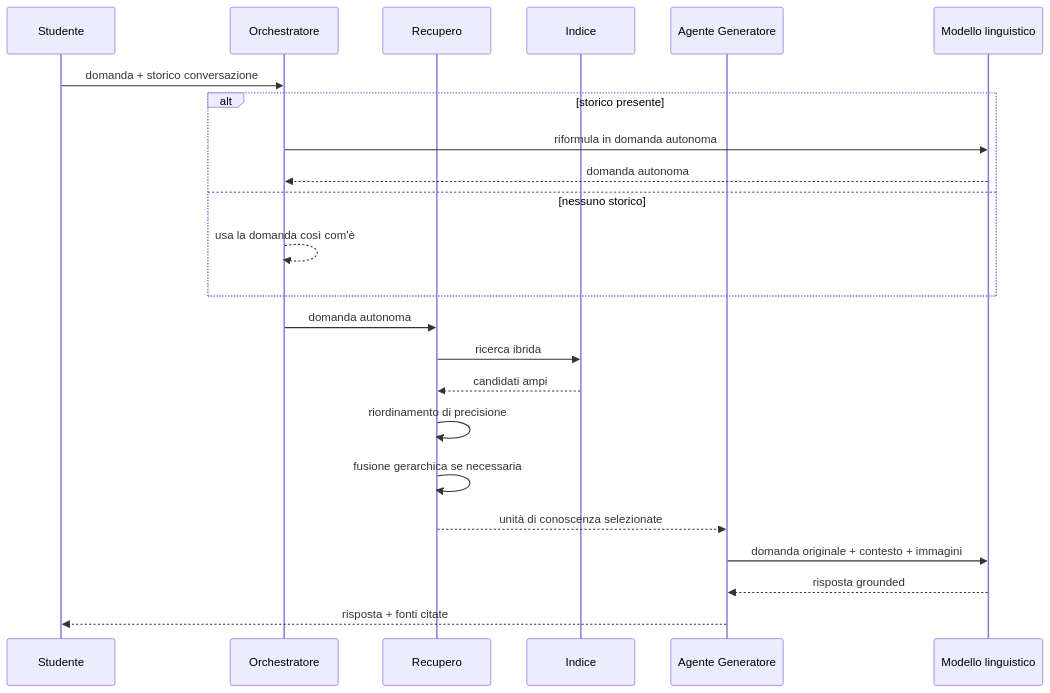
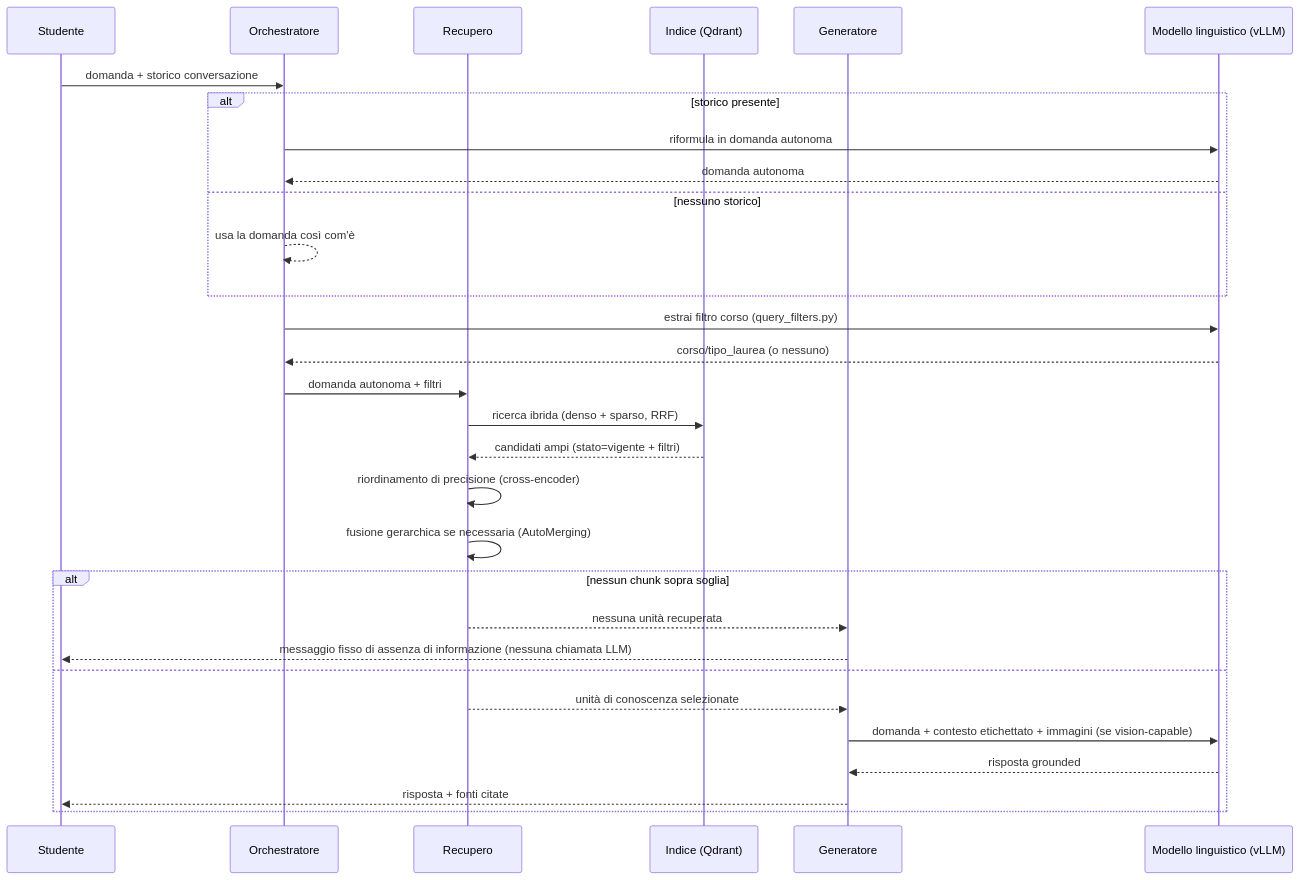
One commit to michelenardini99/rag_unibo changed the second of 2 diagrams in REPORT_ARCHITETTURA.md. Above: the diagram before and after it, drawn with Mermaid. The commit also changed other lines of this file and 27 other files, not shown here.

````diff
--- a/REPORT_ARCHITETTURA.md
+++ b/REPORT_ARCHITETTURA.md
@@ -191,26 +195,33 @@
 ```mermaid
 sequenceDiagram
     participant S as Studente
     participant O as Orchestratore
     participant R as Recupero
-    participant IDX as Indice
-    participant G as Agente Generatore
-    participant LLM as Modello linguistico
+    participant IDX as Indice (Qdrant)
+    participant G as Generatore
+    participant LLM as Modello linguistico (vLLM)
 
     S->>O: domanda + storico conversazione
     alt storico presente
         O->>LLM: riformula in domanda autonoma
         LLM-->>O: domanda autonoma
     else nessuno storico
         O-->>O: usa la domanda così com'è
     end
-    O->>R: domanda autonoma
-    R->>IDX: ricerca ibrida
-    IDX-->>R: candidati ampi
-    R->>R: riordinamento di precisione
-    R->>R: fusione gerarchica se necessaria
-    R-->>G: unità di conoscenza selezionate
-    G->>LLM: domanda originale + contesto + immagini
-    LLM-->>G: risposta grounded
-    G-->>S: risposta + fonti citate
+    O->>LLM: estrai filtro corso (query_filters.py)
+    LLM-->>O: corso/tipo_laurea (o nessuno)
+    O->>R: domanda autonoma + filtri
+    R->>IDX: ricerca ibrida (denso + sparso, RRF)
+    IDX-->>R: candidati ampi (stato=vigente + filtri)
+    R->>R: riordinamento di precisione (cross-encoder)
+    R->>R: fusione gerarchica se necessaria (AutoMerging)
+    alt nessun chunk sopra soglia
+        R-->>G: nessuna unità recuperata
+        G-->>S: messaggio fisso di assenza di informazione (nessuna chiamata LLM)
+    else
+        R-->>G: unità di conoscenza selezionate
+        G->>LLM: domanda + contesto etichettato + immagini (se vision-capable)
+        LLM-->>G: risposta grounded
+        G-->>S: risposta + fonti citate
+    end
 ```
````
